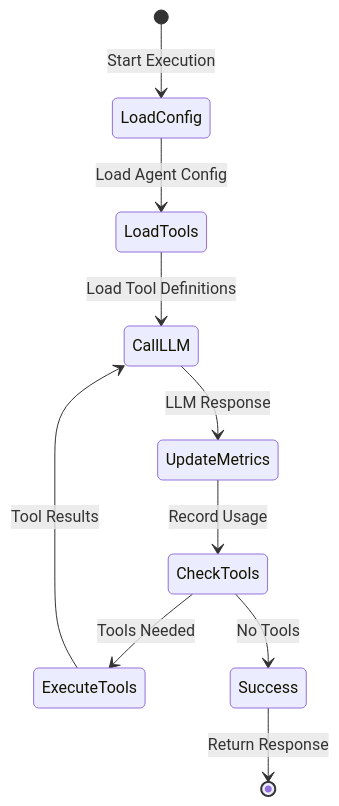
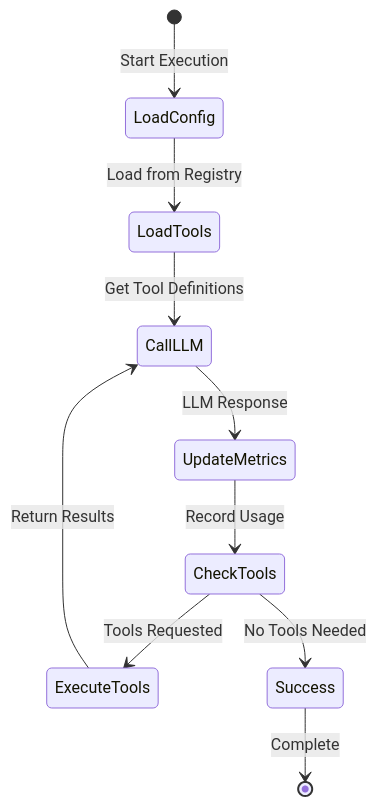
The second of 2 diagrams in README.md (guyernest/step-functions-agent), drawn with Mermaid before and after one commit. The commit also changed other lines of this file, not shown here.

````diff
--- a/README.md
+++ b/README.md
@@ -69,12 +79,12 @@
 ```mermaid
 stateDiagram-v2
     [*] --> LoadConfig: Start Execution
-    LoadConfig --> LoadTools: Load Agent Config
-    LoadTools --> CallLLM: Load Tool Definitions
+    LoadConfig --> LoadTools: Load from Registry
+    LoadTools --> CallLLM: Get Tool Definitions
     CallLLM --> UpdateMetrics: LLM Response
     UpdateMetrics --> CheckTools: Record Usage
-    CheckTools --> ExecuteTools: Tools Needed
-    CheckTools --> Success: No Tools
-    ExecuteTools --> CallLLM: Tool Results
-    Success --> [*]: Return Response
+    CheckTools --> ExecuteTools: Tools Requested
+    CheckTools --> Success: No Tools Needed
+    ExecuteTools --> CallLLM: Return Results
+    Success --> [*]: Complete
 ```
````
